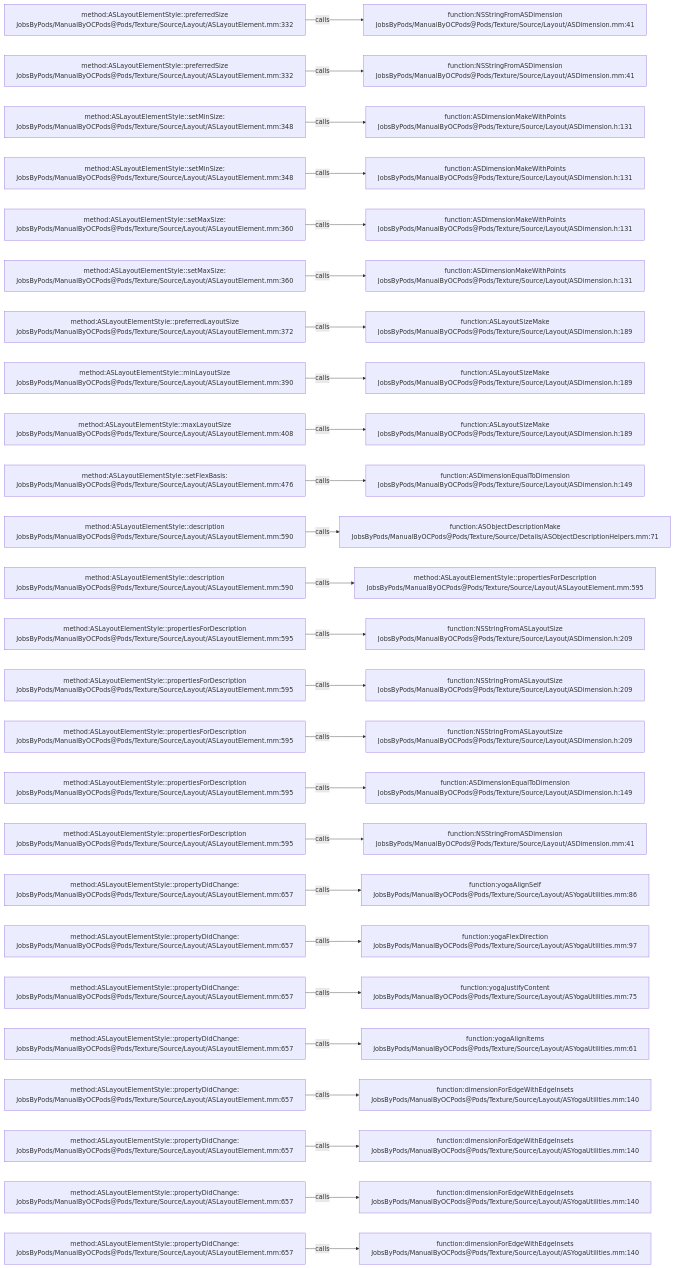
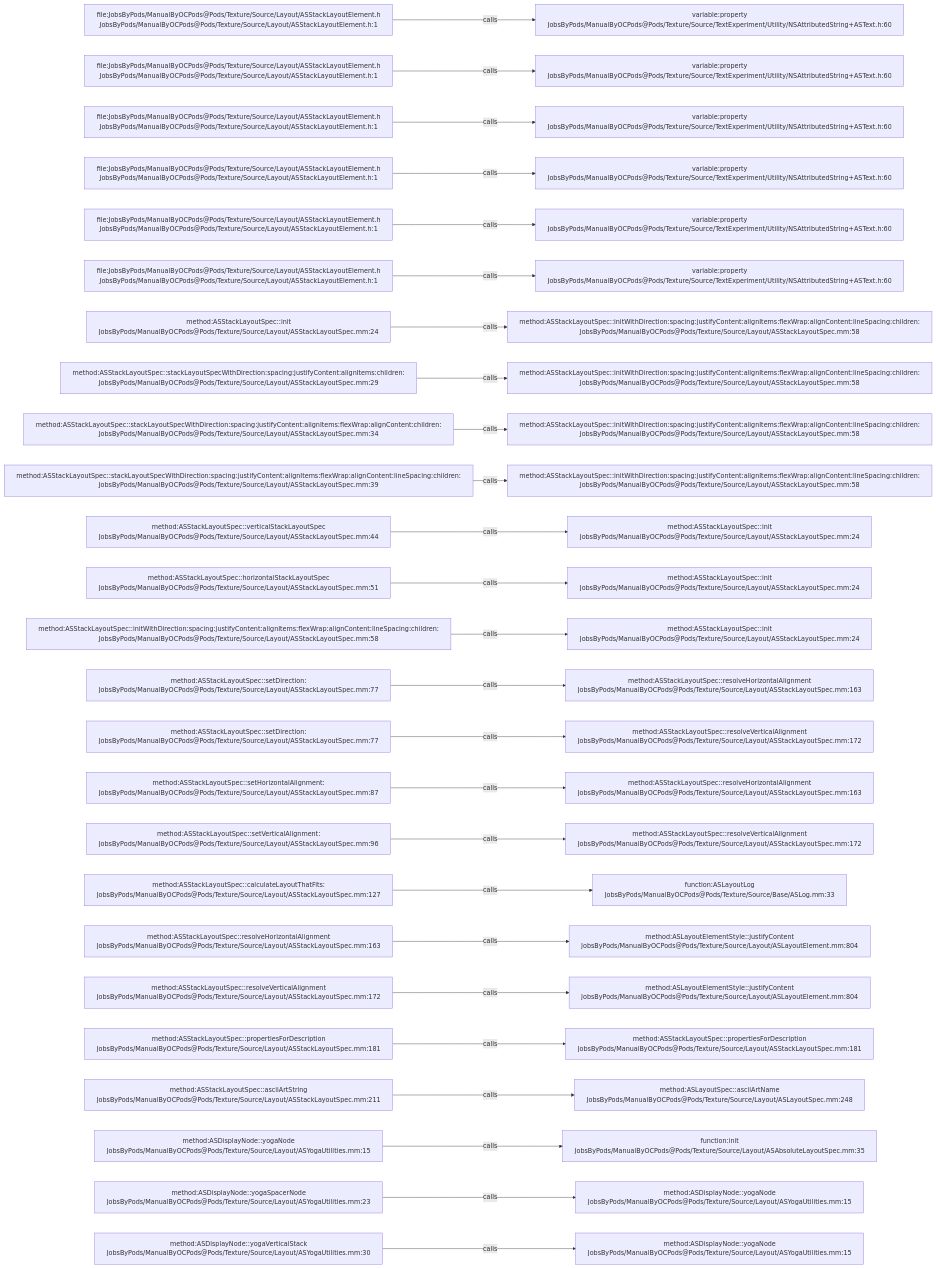
One commit to JobsKits/JobsOCBaseConfigDemo changed the diagram in .codegraph/codegraph.md/graphs/calls-181.md. Above: the diagram before and after it, drawn with Mermaid. The commit also changed 1353 other files, not shown here.

````diff
--- a/.codegraph/codegraph.md/graphs/calls-181.md
+++ b/.codegraph/codegraph.md/graphs/calls-181.md
@@ -13,78 +13,78 @@
 ```mermaid
 flowchart LR
-  S1["method:ASLayoutElementStyle::preferredSize<br/>JobsByPods/ManualByOCPods@Pods/Texture/Source/Layout/ASLayoutElement.mm:332"]
-  T1["function:NSStringFromASDimension<br/>JobsByPods/ManualByOCPods@Pods/Texture/Source/Layout/ASDimension.mm:41"]
+  S1["file:JobsByPods/ManualByOCPods@Pods/Texture/Source/Layout/ASStackLayoutElement.h<br/>JobsByPods/ManualByOCPods@Pods/Texture/Source/Layout/ASStackLayoutElement.h:1"]
+  T1["variable:property<br/>JobsByPods/ManualByOCPods@Pods/Texture/Source/TextExperiment/Utility/NSAttributedString+ASText.h:60"]
   S1 -->|calls| T1
-  S2["method:ASLayoutElementStyle::preferredSize<br/>JobsByPods/ManualByOCPods@Pods/Texture/Source/Layout/ASLayoutElement.mm:332"]
-  T2["function:NSStringFromASDimension<br/>JobsByPods/ManualByOCPods@Pods/Texture/Source/Layout/ASDimension.mm:41"]
+  S2["file:JobsByPods/ManualByOCPods@Pods/Texture/Source/Layout/ASStackLayoutElement.h<br/>JobsByPods/ManualByOCPods@Pods/Texture/Source/Layout/ASStackLayoutElement.h:1"]
+  T2["variable:property<br/>JobsByPods/ManualByOCPods@Pods/Texture/Source/TextExperiment/Utility/NSAttributedString+ASText.h:60"]
   S2 -->|calls| T2
-  S3["method:ASLayoutElementStyle::setMinSize:<br/>JobsByPods/ManualByOCPods@Pods/Texture/Source/Layout/ASLayoutElement.mm:348"]
-  T3["function:ASDimensionMakeWithPoints<br/>JobsByPods/ManualByOCPods@Pods/Texture/Source/Layout/ASDimension.h:131"]
+  S3["file:JobsByPods/ManualByOCPods@Pods/Texture/Source/Layout/ASStackLayoutElement.h<br/>JobsByPods/ManualByOCPods@Pods/Texture/Source/Layout/ASStackLayoutElement.h:1"]
+  T3["variable:property<br/>JobsByPods/ManualByOCPods@Pods/Texture/Source/TextExperiment/Utility/NSAttributedString+ASText.h:60"]
   S3 -->|calls| T3
-  S4["method:ASLayoutElementStyle::setMinSize:<br/>JobsByPods/ManualByOCPods@Pods/Texture/Source/Layout/ASLayoutElement.mm:348"]
-  T4["function:ASDimensionMakeWithPoints<br/>JobsByPods/ManualByOCPods@Pods/Texture/Source/Layout/ASDimension.h:131"]
+  S4["file:JobsByPods/ManualByOCPods@Pods/Texture/Source/Layout/ASStackLayoutElement.h<br/>JobsByPods/ManualByOCPods@Pods/Texture/Source/Layout/ASStackLayoutElement.h:1"]
+  T4["variable:property<br/>JobsByPods/ManualByOCPods@Pods/Texture/Source/TextExperiment/Utility/NSAttributedString+ASText.h:60"]
   S4 -->|calls| T4
-  S5["method:ASLayoutElementStyle::setMaxSize:<br/>JobsByPods/ManualByOCPods@Pods/Texture/Source/Layout/ASLayoutElement.mm:360"]
-  T5["function:ASDimensionMakeWithPoints<br/>JobsByPods/ManualByOCPods@Pods/Texture/Source/Layout/ASDimension.h:131"]
+  S5["file:JobsByPods/ManualByOCPods@Pods/Texture/Source/Layout/ASStackLayoutElement.h<br/>JobsByPods/ManualByOCPods@Pods/Texture/Source/Layout/ASStackLayoutElement.h:1"]
+  T5["variable:property<br/>JobsByPods/ManualByOCPods@Pods/Texture/Source/TextExperiment/Utility/NSAttributedString+ASText.h:60"]
   S5 -->|calls| T5
-  S6["method:ASLayoutElementStyle::setMaxSize:<br/>JobsByPods/ManualByOCPods@Pods/Texture/Source/Layout/ASLayoutElement.mm:360"]
-  T6["function:ASDimensionMakeWithPoints<br/>JobsByPods/ManualByOCPods@Pods/Texture/Source/Layout/ASDimension.h:131"]
+  S6["file:JobsByPods/ManualByOCPods@Pods/Texture/Source/Layout/ASStackLayoutElement.h<br/>JobsByPods/ManualByOCPods@Pods/Texture/Source/Layout/ASStackLayoutElement.h:1"]
+  T6["variable:property<br/>JobsByPods/ManualByOCPods@Pods/Texture/Source/TextExperiment/Utility/NSAttributedString+ASText.h:60"]
   S6 -->|calls| T6
-  S7["method:ASLayoutElementStyle::preferredLayoutSize<br/>JobsByPods/ManualByOCPods@Pods/Texture/Source/Layout/ASLayoutElement.mm:372"]
-  T7["function:ASLayoutSizeMake<br/>JobsByPods/ManualByOCPods@Pods/Texture/Source/Layout/ASDimension.h:189"]
+  S7["method:ASStackLayoutSpec::init<br/>JobsByPods/ManualByOCPods@Pods/Texture/Source/Layout/ASStackLayoutSpec.mm:24"]
+  T7["method:ASStackLayoutSpec::initWithDirection:spacing:justifyContent:alignItems:flexWrap:alignContent:lineSpacing:children:<br/>JobsByPods/ManualByOCPods@Pods/Texture/Source/Layout/ASStackLayoutSpec.mm:58"]
   S7 -->|calls| T7
-  S8["method:ASLayoutElementStyle::minLayoutSize<br/>JobsByPods/ManualByOCPods@Pods/Texture/Source/Layout/ASLayoutElement.mm:390"]
-  T8["function:ASLayoutSizeMake<br/>JobsByPods/ManualByOCPods@Pods/Texture/Source/Layout/ASDimension.h:189"]
+  S8["method:ASStackLayoutSpec::stackLayoutSpecWithDirection:spacing:justifyContent:alignItems:children:<br/>JobsByPods/ManualByOCPods@Pods/Texture/Source/Layout/ASStackLayoutSpec.mm:29"]
+  T8["method:ASStackLayoutSpec::initWithDirection:spacing:justifyContent:alignItems:flexWrap:alignContent:lineSpacing:children:<br/>JobsByPods/ManualByOCPods@Pods/Texture/Source/Layout/ASStackLayoutSpec.mm:58"]
   S8 -->|calls| T8
-  S9["method:ASLayoutElementStyle::maxLayoutSize<br/>JobsByPods/ManualByOCPods@Pods/Texture/Source/Layout/ASLayoutElement.mm:408"]
-  T9["function:ASLayoutSizeMake<br/>JobsByPods/ManualByOCPods@Pods/Texture/Source/Layout/ASDimension.h:189"]
+  S9["method:ASStackLayoutSpec::stackLayoutSpecWithDirection:spacing:justifyContent:alignItems:flexWrap:alignContent:children:<br/>JobsByPods/ManualByOCPods@Pods/Texture/Source/Layout/ASStackLayoutSpec.mm:34"]
+  T9["method:ASStackLayoutSpec::initWithDirection:spacing:justifyContent:alignItems:flexWrap:alignContent:lineSpacing:children:<br/>JobsByPods/ManualByOCPods@Pods/Texture/Source/Layout/ASStackLayoutSpec.mm:58"]
   S9 -->|calls| T9
-  S10["method:ASLayoutElementStyle::setFlexBasis:<br/>JobsByPods/ManualByOCPods@Pods/Texture/Source/Layout/ASLayoutElement.mm:476"]
-  T10["function:ASDimensionEqualToDimension<br/>JobsByPods/ManualByOCPods@Pods/Texture/Source/Layout/ASDimension.h:149"]
+  S10["method:ASStackLayoutSpec::stackLayoutSpecWithDirection:spacing:justifyContent:alignItems:flexWrap:alignContent:lineSpacing:children:<br/>JobsByPods/ManualByOCPods@Pods/Texture/Source/Layout/ASStackLayoutSpec.mm:39"]
+  T10["method:ASStackLayoutSpec::initWithDirection:spacing:justifyContent:alignItems:flexWrap:alignContent:lineSpacing:children:<br/>JobsByPods/ManualByOCPods@Pods/Texture/Source/Layout/ASStackLayoutSpec.mm:58"]
   S10 -->|calls| T10
-  S11["method:ASLayoutElementStyle::description<br/>JobsByPods/ManualByOCPods@Pods/Texture/Source/Layout/ASLayoutElement.mm:590"]
-  T11["function:ASObjectDescriptionMake<br/>JobsByPods/ManualByOCPods@Pods/Texture/Source/Details/ASObjectDescriptionHelpers.mm:71"]
+  S11["method:ASStackLayoutSpec::verticalStackLayoutSpec<br/>JobsByPods/ManualByOCPods@Pods/Texture/Source/Layout/ASStackLayoutSpec.mm:44"]
+  T11["method:ASStackLayoutSpec::init<br/>JobsByPods/ManualByOCPods@Pods/Texture/Source/Layout/ASStackLayoutSpec.mm:24"]
   S11 -->|calls| T11
-  S12["method:ASLayoutElementStyle::description<br/>JobsByPods/ManualByOCPods@Pods/Texture/Source/Layout/ASLayoutElement.mm:590"]
-  T12["method:ASLayoutElementStyle::propertiesForDescription<br/>JobsByPods/ManualByOCPods@Pods/Texture/Source/Layout/ASLayoutElement.mm:595"]
+  S12["method:ASStackLayoutSpec::horizontalStackLayoutSpec<br/>JobsByPods/ManualByOCPods@Pods/Texture/Source/Layout/ASStackLayoutSpec.mm:51"]
+  T12["method:ASStackLayoutSpec::init<br/>JobsByPods/ManualByOCPods@Pods/Texture/Source/Layout/ASStackLayoutSpec.mm:24"]
   S12 -->|calls| T12
-  S13["method:ASLayoutElementStyle::propertiesForDescription<br/>JobsByPods/ManualByOCPods@Pods/Texture/Source/Layout/ASLayoutElement.mm:595"]
-  T13["function:NSStringFromASLayoutSize<br/>JobsByPods/ManualByOCPods@Pods/Texture/Source/Layout/ASDimension.h:209"]
+  S13["method:ASStackLayoutSpec::initWithDirection:spacing:justifyContent:alignItems:flexWrap:alignContent:lineSpacing:children:<br/>JobsByPods/ManualByOCPods@Pods/Texture/Source/Layout/ASStackLayoutSpec.mm:58"]
+  T13["method:ASStackLayoutSpec::init<br/>JobsByPods/ManualByOCPods@Pods/Texture/Source/Layout/ASStackLayoutSpec.mm:24"]
   S13 -->|calls| T13
-  S14["method:ASLayoutElementStyle::propertiesForDescription<br/>JobsByPods/ManualByOCPods@Pods/Texture/Source/Layout/ASLayoutElement.mm:595"]
-  T14["function:NSStringFromASLayoutSize<br/>JobsByPods/ManualByOCPods@Pods/Texture/Source/Layout/ASDimension.h:209"]
+  S14["method:ASStackLayoutSpec::setDirection:<br/>JobsByPods/ManualByOCPods@Pods/Texture/Source/Layout/ASStackLayoutSpec.mm:77"]
+  T14["method:ASStackLayoutSpec::resolveHorizontalAlignment<br/>JobsByPods/ManualByOCPods@Pods/Texture/Source/Layout/ASStackLayoutSpec.mm:163"]
   S14 -->|calls| T14
-  S15["method:ASLayoutElementStyle::propertiesForDescription<br/>JobsByPods/ManualByOCPods@Pods/Texture/Source/Layout/ASLayoutElement.mm:595"]
-  T15["function:NSStringFromASLayoutSize<br/>JobsByPods/ManualByOCPods@Pods/Texture/Source/Layout/ASDimension.h:209"]
+  S15["method:ASStackLayoutSpec::setDirection:<br/>JobsByPods/ManualByOCPods@Pods/Texture/Source/Layout/ASStackLayoutSpec.mm:77"]
+  T15["method:ASStackLayoutSpec::resolveVerticalAlignment<br/>JobsByPods/ManualByOCPods@Pods/Texture/Source/Layout/ASStackLayoutSpec.mm:172"]
   S15 -->|calls| T15
-  S16["method:ASLayoutElementStyle::propertiesForDescription<br/>JobsByPods/ManualByOCPods@Pods/Texture/Source/Layout/ASLayoutElement.mm:595"]
-  T16["function:ASDimensionEqualToDimension<br/>JobsByPods/ManualByOCPods@Pods/Texture/Source/Layout/ASDimension.h:149"]
+  S16["method:ASStackLayoutSpec::setHorizontalAlignment:<br/>JobsByPods/ManualByOCPods@Pods/Texture/Source/Layout/ASStackLayoutSpec.mm:87"]
+  T16["method:ASStackLayoutSpec::resolveHorizontalAlignment<br/>JobsByPods/ManualByOCPods@Pods/Texture/Source/Layout/ASStackLayoutSpec.mm:163"]
   S16 -->|calls| T16
-  S17["method:ASLayoutElementStyle::propertiesForDescription<br/>JobsByPods/ManualByOCPods@Pods/Texture/Source/Layout/ASLayoutElement.mm:595"]
-  T17["function:NSStringFromASDimension<br/>JobsByPods/ManualByOCPods@Pods/Texture/Source/Layout/ASDimension.mm:41"]
+  S17["method:ASStackLayoutSpec::setVerticalAlignment:<br/>JobsByPods/ManualByOCPods@Pods/Texture/Source/Layout/ASStackLayoutSpec.mm:96"]
+  T17["method:ASStackLayoutSpec::resolveVerticalAlignment<br/>JobsByPods/ManualByOCPods@Pods/Texture/Source/Layout/ASStackLayoutSpec.mm:172"]
   S17 -->|calls| T17
-  S18["method:ASLayoutElementStyle::propertyDidChange:<br/>JobsByPods/ManualByOCPods@Pods/Texture/Source/Layout/ASLayoutElement.mm:657"]
-  T18["function:yogaAlignSelf<br/>JobsByPods/ManualByOCPods@Pods/Texture/Source/Layout/ASYogaUtilities.mm:86"]
+  S18["method:ASStackLayoutSpec::calculateLayoutThatFits:<br/>JobsByPods/ManualByOCPods@Pods/Texture/Source/Layout/ASStackLayoutSpec.mm:127"]
+  T18["function:ASLayoutLog<br/>JobsByPods/ManualByOCPods@Pods/Texture/Source/Base/ASLog.mm:33"]
   S18 -->|calls| T18
-  S19["method:ASLayoutElementStyle::propertyDidChange:<br/>JobsByPods/ManualByOCPods@Pods/Texture/Source/Layout/ASLayoutElement.mm:657"]
-  T19["function:yogaFlexDirection<br/>JobsByPods/ManualByOCPods@Pods/Texture/Source/Layout/ASYogaUtilities.mm:97"]
+  S19["method:ASStackLayoutSpec::resolveHorizontalAlignment<br/>JobsByPods/ManualByOCPods@Pods/Texture/Source/Layout/ASStackLayoutSpec.mm:163"]
+  T19["method:ASLayoutElementStyle::justifyContent<br/>JobsByPods/ManualByOCPods@Pods/Texture/Source/Layout/ASLayoutElement.mm:804"]
   S19 -->|calls| T19
-  S20["method:ASLayoutElementStyle::propertyDidChange:<br/>JobsByPods/ManualByOCPods@Pods/Texture/Source/Layout/ASLayoutElement.mm:657"]
-  T20["function:yogaJustifyContent<br/>JobsByPods/ManualByOCPods@Pods/Texture/Source/Layout/ASYogaUtilities.mm:75"]
+  S20["method:ASStackLayoutSpec::resolveVerticalAlignment<br/>JobsByPods/ManualByOCPods@Pods/Texture/Source/Layout/ASStackLayoutSpec.mm:172"]
+  T20["method:ASLayoutElementStyle::justifyContent<br/>JobsByPods/ManualByOCPods@Pods/Texture/Source/Layout/ASLayoutElement.mm:804"]
   S20 -->|calls| T20
-  S21["method:ASLayoutElementStyle::propertyDidChange:<br/>JobsByPods/ManualByOCPods@Pods/Texture/Source/Layout/ASLayoutElement.mm:657"]
-  T21["function:yogaAlignItems<br/>JobsByPods/ManualByOCPods@Pods/Texture/Source/Layout/ASYogaUtilities.mm:61"]
+  S21["method:ASStackLayoutSpec::propertiesForDescription<br/>JobsByPods/ManualByOCPods@Pods/Texture/Source/Layout/ASStackLayoutSpec.mm:181"]
+  T21["method:ASStackLayoutSpec::propertiesForDescription<br/>JobsByPods/ManualByOCPods@Pods/Texture/Source/Layout/ASStackLayoutSpec.mm:181"]
   S21 -->|calls| T21
-  S22["method:ASLayoutElementStyle::propertyDidChange:<br/>JobsByPods/ManualByOCPods@Pods/Texture/Source/Layout/ASLayoutElement.mm:657"]
-  T22["function:dimensionForEdgeWithEdgeInsets<br/>JobsByPods/ManualByOCPods@Pods/Texture/Source/Layout/ASYogaUtilities.mm:140"]
+  S22["method:ASStackLayoutSpec::asciiArtString<br/>JobsByPods/ManualByOCPods@Pods/Texture/Source/Layout/ASStackLayoutSpec.mm:211"]
+  T22["method:ASLayoutSpec::asciiArtName<br/>JobsByPods/ManualByOCPods@Pods/Texture/Source/Layout/ASLayoutSpec.mm:248"]
   S22 -->|calls| T22
-  S23["method:ASLayoutElementStyle::propertyDidChange:<br/>JobsByPods/ManualByOCPods@Pods/Texture/Source/Layout/ASLayoutElement.mm:657"]
-  T23["function:dimensionForEdgeWithEdgeInsets<br/>JobsByPods/ManualByOCPods@Pods/Texture/Source/Layout/ASYogaUtilities.mm:140"]
+  S23["method:ASDisplayNode::yogaNode<br/>JobsByPods/ManualByOCPods@Pods/Texture/Source/Layout/ASYogaUtilities.mm:15"]
+  T23["function:init<br/>JobsByPods/ManualByOCPods@Pods/Texture/Source/Layout/ASAbsoluteLayoutSpec.mm:35"]
   S23 -->|calls| T23
-  S24["method:ASLayoutElementStyle::propertyDidChange:<br/>JobsByPods/ManualByOCPods@Pods/Texture/Source/Layout/ASLayoutElement.mm:657"]
-  T24["function:dimensionForEdgeWithEdgeInsets<br/>JobsByPods/ManualByOCPods@Pods/Texture/Source/Layout/ASYogaUtilities.mm:140"]
+  S24["method:ASDisplayNode::yogaSpacerNode<br/>JobsByPods/ManualByOCPods@Pods/Texture/Source/Layout/ASYogaUtilities.mm:23"]
+  T24["method:ASDisplayNode::yogaNode<br/>JobsByPods/ManualByOCPods@Pods/Texture/Source/Layout/ASYogaUtilities.mm:15"]
   S24 -->|calls| T24
-  S25["method:ASLayoutElementStyle::propertyDidChange:<br/>JobsByPods/ManualByOCPods@Pods/Texture/Source/Layout/ASLayoutElement.mm:657"]
-  T25["function:dimensionForEdgeWithEdgeInsets<br/>JobsByPods/ManualByOCPods@Pods/Texture/Source/Layout/ASYogaUtilities.mm:140"]
+  S25["method:ASDisplayNode::yogaVerticalStack<br/>JobsByPods/ManualByOCPods@Pods/Texture/Source/Layout/ASYogaUtilities.mm:30"]
+  T25["method:ASDisplayNode::yogaNode<br/>JobsByPods/ManualByOCPods@Pods/Texture/Source/Layout/ASYogaUtilities.mm:15"]
   S25 -->|calls| T25
 ```
````
